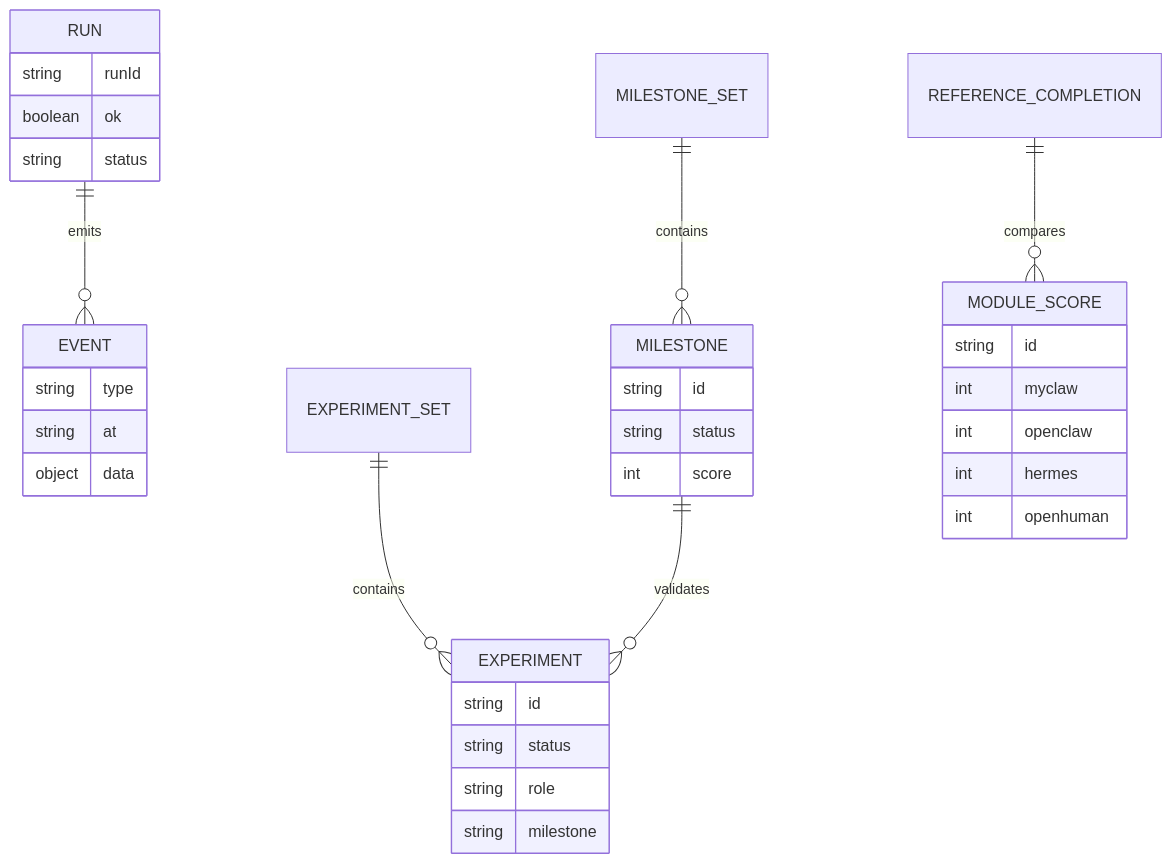
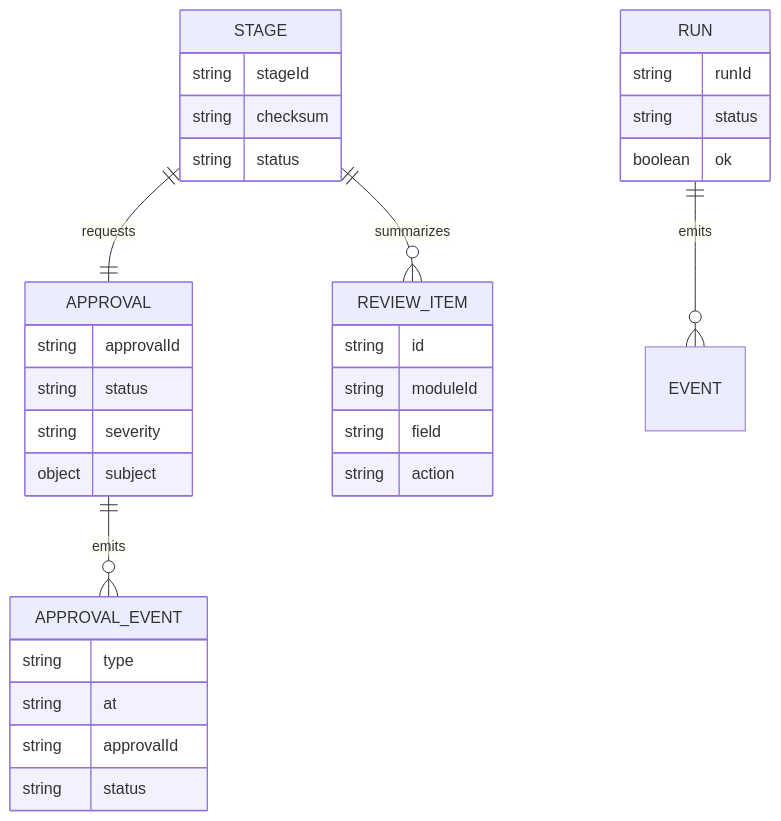
One commit to mayf3/myclaw changed the seventh of 9 diagrams in docs/implementation-architecture.md. Above: the diagram before and after it, drawn with Mermaid. The commit also changed other lines of this file and 37 other files, not shown here.

````diff
--- a/docs/implementation-architecture.md
+++ b/docs/implementation-architecture.md
@@ -205,14 +204,13 @@
 ```mermaid
 erDiagram
+  STAGE ||--|| APPROVAL : requests
+  APPROVAL ||--o{ APPROVAL_EVENT : emits
+  STAGE ||--o{ REVIEW_ITEM : summarizes
   RUN ||--o{ EVENT : emits
-  MILESTONE_SET ||--o{ MILESTONE : contains
-  EXPERIMENT_SET ||--o{ EXPERIMENT : contains
-  MILESTONE ||--o{ EXPERIMENT : validates
-  REFERENCE_COMPLETION ||--o{ MODULE_SCORE : compares
 
-  RUN { string runId boolean ok string status }
-  EVENT { string type string at object data }
-  MILESTONE { string id string status int score }
-  EXPERIMENT { string id string status string role string milestone }
-  MODULE_SCORE { string id int myclaw int openclaw int hermes int openhuman }
+  STAGE { string stageId string checksum string status }
+  APPROVAL { string approvalId string status string severity object subject }
+  APPROVAL_EVENT { string type string at string approvalId string status }
+  REVIEW_ITEM { string id string moduleId string field string action }
+  RUN { string runId string status boolean ok }
 ```
````
